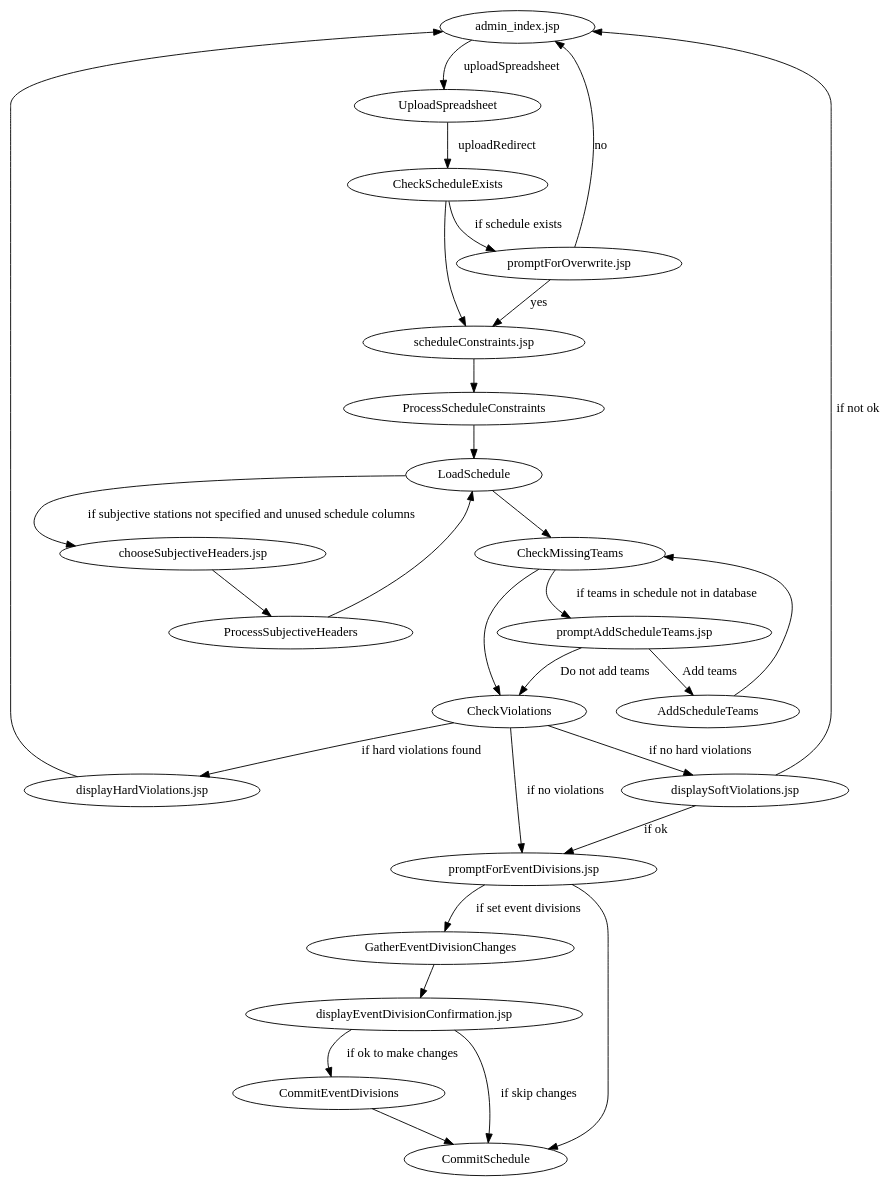
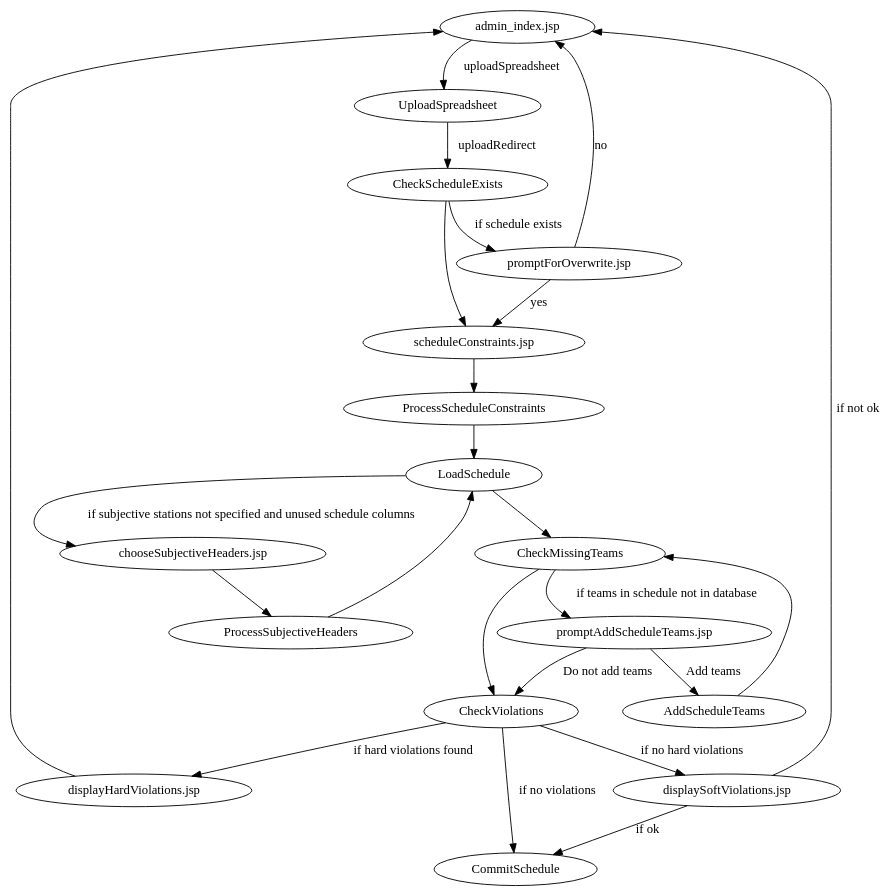
One commit to jpschewe/fll-sw changed the diagram in src/main/documentation/workflows/upload-schedule.dot. Above: the diagram before and after it, drawn with Graphviz. The commit also changed 8 other files, not shown here.

```diff
--- a/src/main/documentation/workflows/upload-schedule.dot
+++ b/src/main/documentation/workflows/upload-schedule.dot
@@ -1,49 +1,40 @@
 digraph UploadSchedule {
 
 "admin_index.jsp" -> UploadSpreadsheet [label="uploadSpreadsheet"];
 
 UploadSpreadsheet -> CheckScheduleExists [label="uploadRedirect"];
 
 CheckScheduleExists -> "promptForOverwrite.jsp" [label="if schedule exists"];
 
 "promptForOverwrite.jsp" -> "scheduleConstraints.jsp" [label="yes"];
 "promptForOverwrite.jsp" -> "admin_index.jsp" [label="no"];
 
 CheckScheduleExists -> "scheduleConstraints.jsp";
 
 "scheduleConstraints.jsp" -> ProcessScheduleConstraints;
 ProcessScheduleConstraints -> LoadSchedule;
 
 LoadSchedule -> CheckMissingTeams;
 
 CheckMissingTeams -> CheckViolations;
 CheckMissingTeams -> "promptAddScheduleTeams.jsp" [label="if teams in schedule not in database"];
 
 "promptAddScheduleTeams.jsp" -> AddScheduleTeams [label="Add teams"];
 "promptAddScheduleTeams.jsp" -> CheckViolations [label="Do not add teams"];
 
 AddScheduleTeams -> CheckMissingTeams;
 
-CheckViolations -> "promptForEventDivisions.jsp" [label="if no violations"];
+CheckViolations -> "CommitSchedule" [label="if no violations"];
 CheckViolations -> "displayHardViolations.jsp" [label="if hard violations found"];
 CheckViolations -> "displaySoftViolations.jsp" [label="if no hard violations"];
 
 LoadSchedule -> "chooseSubjectiveHeaders.jsp" [label="if subjective stations not specified and unused schedule columns"];
 "chooseSubjectiveHeaders.jsp" -> ProcessSubjectiveHeaders;
 ProcessSubjectiveHeaders -> LoadSchedule;
 
 "displayHardViolations.jsp" -> "admin_index.jsp";
 
-"displaySoftViolations.jsp" -> "promptForEventDivisions.jsp" [label="if ok"];
+"displaySoftViolations.jsp" -> "CommitSchedule" [label="if ok"];
 "displaySoftViolations.jsp" -> "admin_index.jsp" [label="if not ok"];
 
-"promptForEventDivisions.jsp" -> GatherEventDivisionChanges [label="if set event divisions"];
-"promptForEventDivisions.jsp" -> CommitSchedule;
-
-GatherEventDivisionChanges -> "displayEventDivisionConfirmation.jsp";
-
-"displayEventDivisionConfirmation.jsp" -> CommitEventDivisions [label="if ok to make changes"];
-"displayEventDivisionConfirmation.jsp" -> CommitSchedule [label="if skip changes"];
-CommitEventDivisions -> CommitSchedule
-
 }
```
